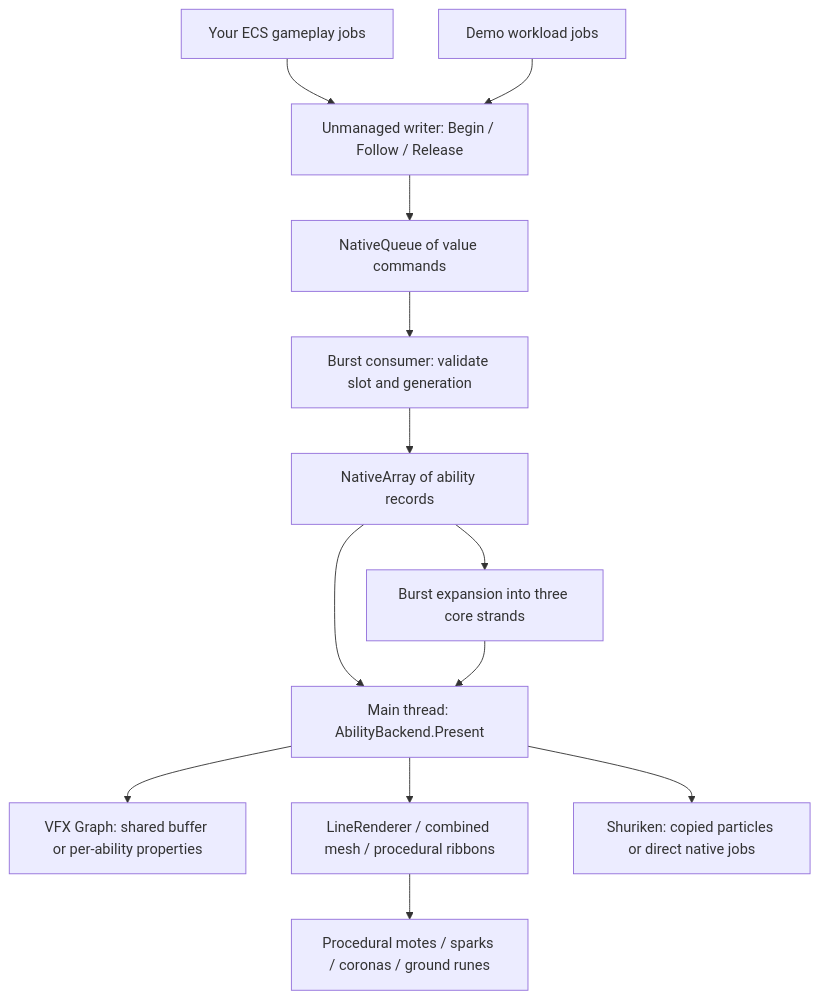
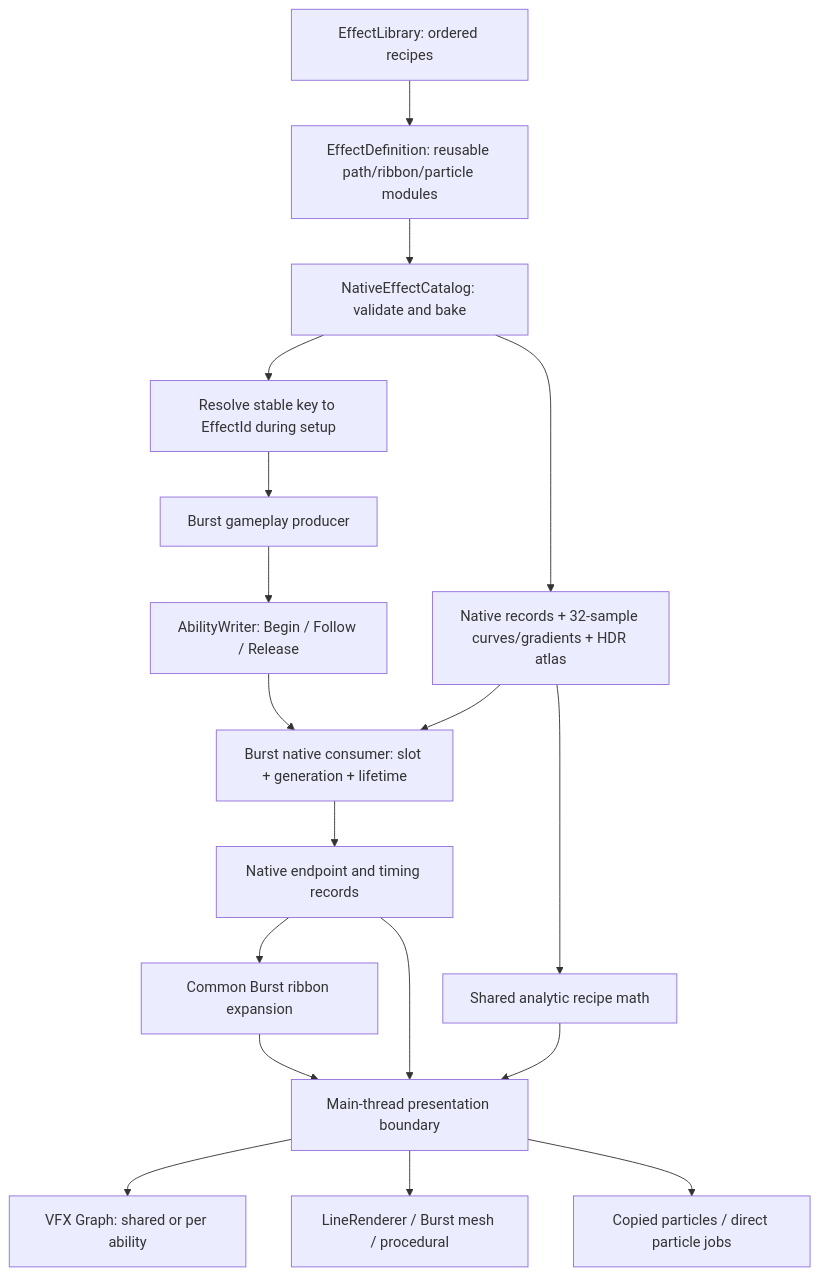
The diagram in Documentation/CodeOverview.md (bobbes4321/VFX-Graph-Tryout), drawn with Mermaid before and after one commit. The commit also changed other lines of this file and 478 other files, not shown here.

````diff
--- a/Documentation/CodeOverview.md
+++ b/Documentation/CodeOverview.md
@@ -19,15 +20,20 @@
 ```mermaid
 flowchart TD
-    ECS[Your ECS gameplay jobs] --> Writer[Unmanaged writer: Begin / Follow / Release]
-    Demo[Demo workload jobs] --> Writer
-    Writer --> Queue[NativeQueue of value commands]
-    Queue --> Consumer[Burst consumer: validate slot and generation]
-    Consumer --> State[NativeArray of ability records]
-    State --> Strands[Burst expansion into three core strands]
-    State --> Presentation[Main thread: AbilityBackend.Present]
-    Strands --> Presentation
-    Presentation --> VFX[VFX Graph: shared buffer or per-ability properties]
-    Presentation --> Core[LineRenderer / combined mesh / procedural ribbons]
-    Presentation --> Particles[Shuriken: copied particles or direct native jobs]
-    Core --> Companion[Procedural motes / sparks / coronas / ground runes]
+    Library[EffectLibrary: ordered recipes] --> Recipe[EffectDefinition: reusable path/ribbon/particle modules]
+    Recipe --> Bake[NativeEffectCatalog: validate and bake]
+    Bake --> Tables[Native records + 32-sample curves/gradients + HDR atlas]
+    Bake --> Id[Resolve stable key to EffectId during setup]
+    Id --> Gameplay[Burst gameplay producer]
+    Gameplay --> Writer[AbilityWriter: Begin / Follow / Release]
+    Writer --> Consumer[Burst native consumer: slot + generation + lifetime]
+    Tables --> Consumer
+    Consumer --> State[Native endpoint and timing records]
+    State --> Expand[Common Burst ribbon expansion]
+    Tables --> Geometry[Shared analytic recipe math]
+    Expand --> Present[Main-thread presentation boundary]
+    State --> Present
+    Geometry --> Present
+    Present --> VFX[VFX Graph: shared or per ability]
+    Present --> Core[LineRenderer / Burst mesh / procedural]
+    Present --> Shuriken[Copied particles / direct particle jobs]
 ```
````
